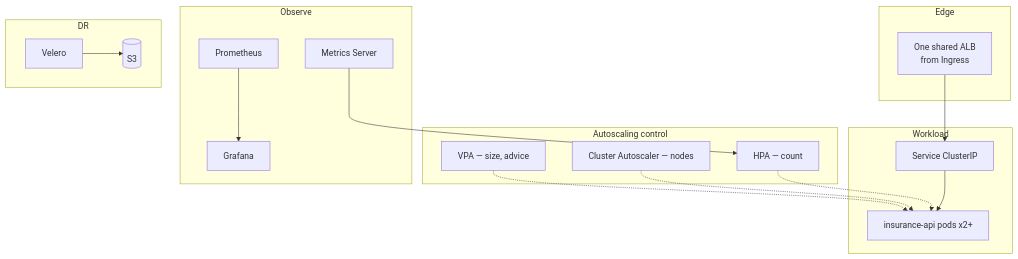
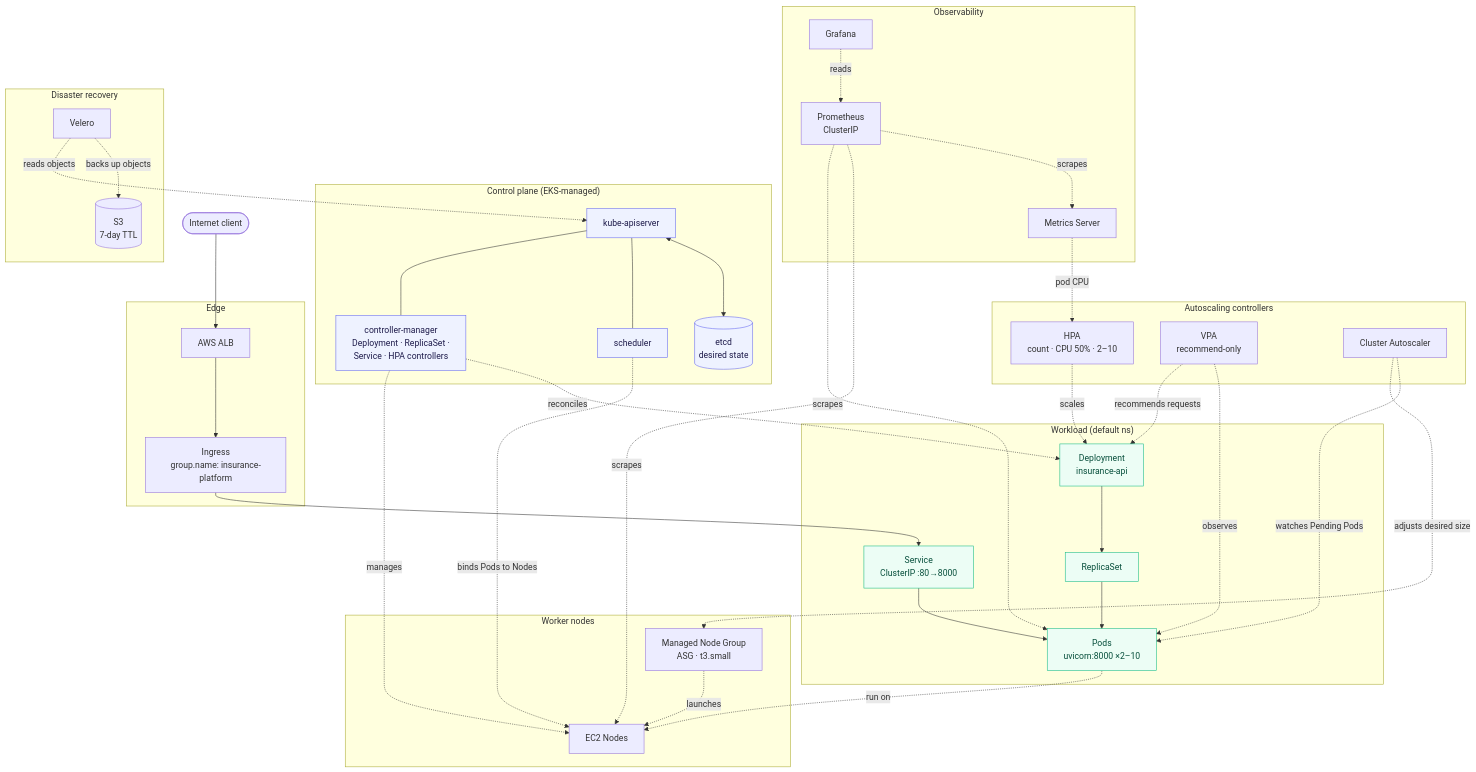
The diagram in docs/architecture/README.md (Amith-Ganta/FastAPI-ML-EKS-Platform), drawn with Mermaid before and after one commit. The commit also changed other lines of this file and 1 other file, not shown here.

Commit message:
docs(architecture): production-accurate layered K8s diagram
Rebuild the "Layered view" so every arrow is a real Kubernetes
relationship, per an architecture-correctness review:

- Add the control plane (kube-apiserver/etcd/scheduler/controller-
  manager) and show it managing worker nodes.
- Make Deployment and Ingress explicit: full request path is
  Client -> ALB -> Ingress -> Service -> Deployment -> ReplicaSet -> Pods.
- HPA scales the Deployment (not the Service, not Pods directly).
- Cluster Autoscaler watches Pending Pods -> adjusts the Managed Node
  Group; it does not create Pods.
- VPA observes Pods and recommends requests to the Deployment; it does
  not resize running Pods.
- Prometheus scrapes Metrics Server/nodes/Pods; Grafana reads
  Prometheus; Velero (not Prometheus) backs up objects to S3.
- Scheduler binds Pods to concrete EC2 Nodes; node group launches EC2.

````diff
--- a/docs/architecture/README.md
+++ b/docs/architecture/README.md
@@ -32,26 +38,80 @@
 ```mermaid
 flowchart TB
-    subgraph Edge
-        ALB[One shared ALB<br/>from Ingress]
-    end
-    subgraph Workload
-        SVC[Service ClusterIP] --> PODS[insurance-api pods x2+]
-    end
-    subgraph Control["Autoscaling control"]
-        HPA[HPA — count]
-        VPA[VPA — size, advice]
-        CA[Cluster Autoscaler — nodes]
-    end
-    subgraph Observe
-        MS[Metrics Server] --> HPA
-        PROM[Prometheus] --> GRAF[Grafana]
-    end
-    subgraph DR
-        VELERO[Velero] --> S3[(S3)]
+    CLIENT([Internet client])
+
+    subgraph CP["Control plane (EKS-managed)"]
+        API[kube-apiserver]
+        ETCD[(etcd<br/>desired state)]
+        SCH[scheduler]
+        CM[controller-manager<br/>Deployment · ReplicaSet ·<br/>Service · HPA controllers]
+        API <--> ETCD
+        API --- SCH
+        API --- CM
     end
 
-    ALB --> SVC
-    HPA -.-> PODS
-    CA -.-> PODS
-    VPA -.-> PODS
+    subgraph EDGE["Edge"]
+        ALB[AWS ALB]
+        ING[Ingress<br/>group.name: insurance-platform]
+    end
+
+    subgraph WORKLOAD["Workload (default ns)"]
+        SVC[Service<br/>ClusterIP :80→8000]
+        DEP[Deployment<br/>insurance-api]
+        RS[ReplicaSet]
+        PODS[Pods<br/>uvicorn:8000 ×2–10]
+        DEP --> RS --> PODS
+    end
+
+    subgraph NODES["Worker nodes"]
+        NG[Managed Node Group<br/>ASG · t3.small] -. launches .-> EC2[EC2 Nodes]
+    end
+
+    subgraph AUTOSCALE["Autoscaling controllers"]
+        HPA[HPA<br/>count · CPU 50% · 2–10]
+        VPA[VPA<br/>recommend-only]
+        CA[Cluster Autoscaler]
+    end
+
+    subgraph OBSERVE["Observability"]
+        MS[Metrics Server]
+        PROM[Prometheus<br/>ClusterIP]
+        GRAF[Grafana]
+    end
+
+    subgraph DR["Disaster recovery"]
+        VELERO[Velero]
+        S3[(S3<br/>7-day TTL)]
+    end
+
+    %% --- live request path (solid) ---
+    CLIENT --> ALB --> ING --> SVC --> PODS
+
+    %% --- control plane manages the cluster (dashed) ---
+    CM -. reconciles .-> DEP
+    SCH -. binds Pods to Nodes .-> EC2
+    CM -. manages .-> EC2
+    PODS -. run on .-> EC2
+
+    %% --- autoscaling, each on its correct target ---
+    MS -. pod CPU .-> HPA
+    HPA -. scales .-> DEP
+    VPA -. observes .-> PODS
+    VPA -. recommends requests .-> DEP
+    CA -. watches Pending Pods .-> PODS
+    CA -. adjusts desired size .-> NG
+
+    %% --- observability (Prometheus scrapes; Grafana reads) ---
+    PROM -. scrapes .-> MS
+    PROM -. scrapes .-> EC2
+    PROM -. scrapes .-> PODS
+    GRAF -. reads .-> PROM
+
+    %% --- DR: Velero (not Prometheus) writes backups ---
+    VELERO -. backs up objects .-> S3
+    VELERO -. reads objects .-> API
+
+    classDef cp fill:#EEF2FF,stroke:#6366F1,color:#1E1B4B;
+    classDef work fill:#ECFDF5,stroke:#10B981,color:#064E3B;
+    class API,ETCD,SCH,CM cp;
+    class SVC,DEP,RS,PODS work;
 ```
````
